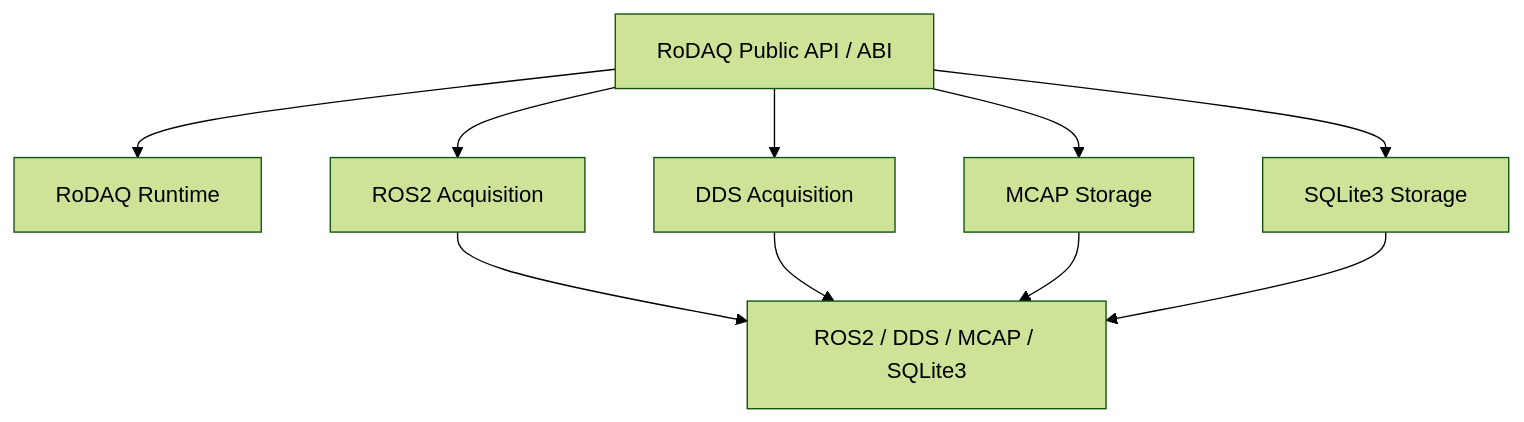
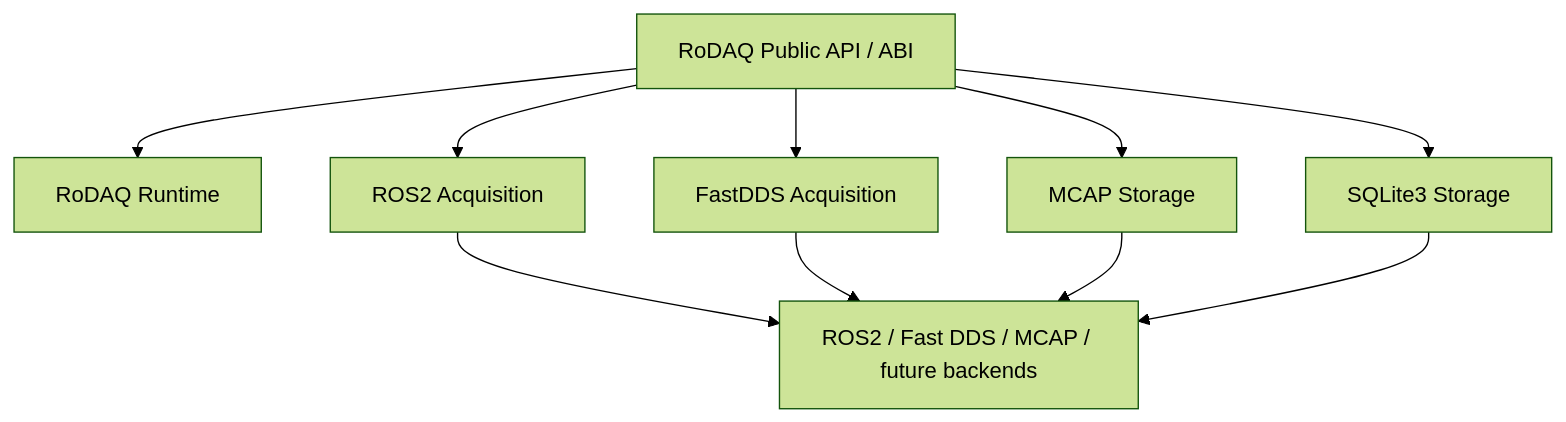
The second of 13 diagrams in docs/design/rodaq_v1_system_design.md (SiYueY/rodaq), drawn with Mermaid (forest theme) before and after one commit. The commit also changed other lines of this file and 17 other files, not shown here.

Commit message:
docs: converge V1 acquisition and MCAP interoperability

````diff
--- a/docs/design/rodaq_v1_system_design.md
+++ b/docs/design/rodaq_v1_system_design.md
@@ -1148,21 +1223,21 @@
 ```mermaid
 flowchart TD
     API["RoDAQ Public API / ABI"]
     CORE["RoDAQ Runtime"]
     ROS["ROS2 Acquisition"]
-    DDS["DDS Acquisition"]
+    DDS["FastDDS Acquisition"]
     MCAP["MCAP Storage"]
     SQL["SQLite3 Storage"]
-    EXT["ROS2 / DDS / MCAP / SQLite3"]
+    EXT["ROS2 / Fast DDS / MCAP / future backends"]
 
     API --> CORE
     API --> ROS
     API --> DDS
     API --> MCAP
     API --> SQL
 
     ROS --> EXT
     DDS --> EXT
     MCAP --> EXT
     SQL --> EXT
 ```
````
